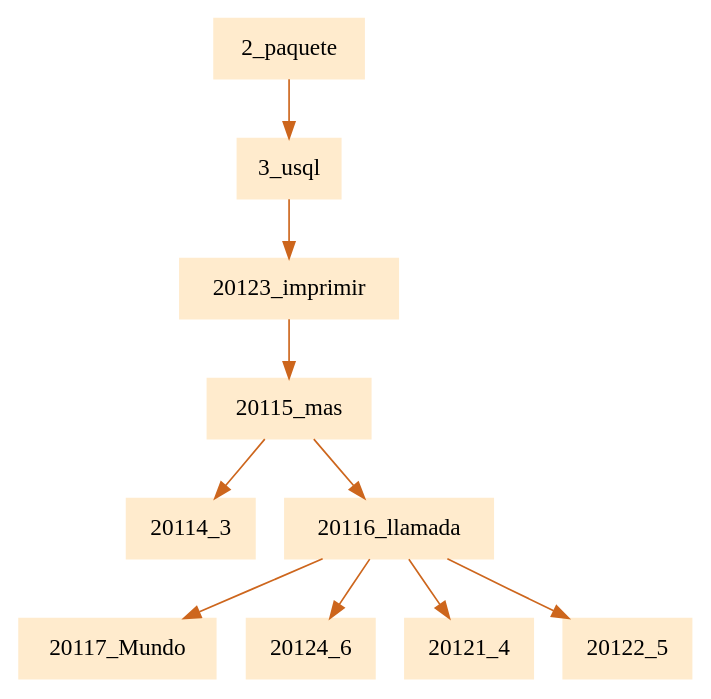
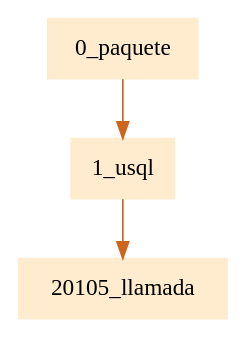
Before and after one commit to JamesMelgar/compi2javaccpr1: the diagram in pr1Compilarodores2/paquete.dot, drawn with Graphviz. The commit also changed 15 other files, not shown here.

```diff
--- a/pr1Compilarodores2/paquete.dot
+++ b/pr1Compilarodores2/paquete.dot
@@ -1,5 +1,5 @@
 digraph G {node[shape=box, style=filled, color=blanchedalmond]; edge[color=chocolate3];rankdir=UD 
 
-"2_paquete"->"3_usql""3_usql"->"20123_imprimir""20123_imprimir"->"20115_mas""20115_mas"->"20114_3""20115_mas"->"20116_llamada""20116_llamada"->"20117_Mundo""20116_llamada"->"20124_6""20116_llamada"->"20121_4""20116_llamada"->"20122_5"
+"0_paquete"->"1_usql""1_usql"->"20105_llamada"
 
 }
```
